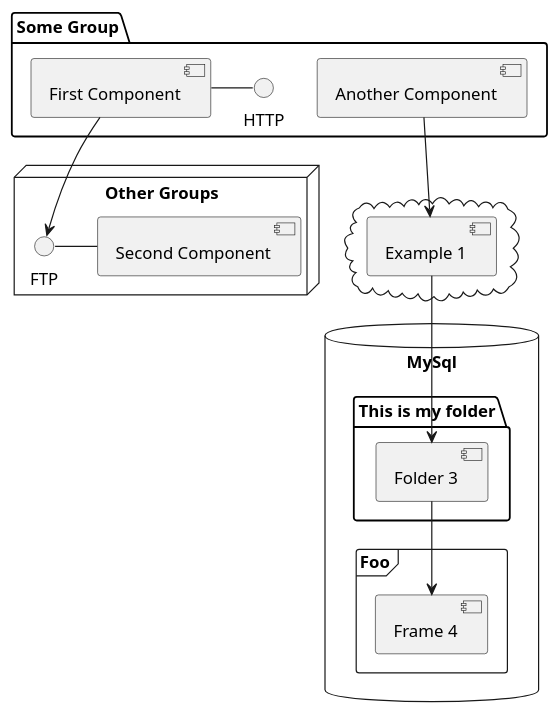
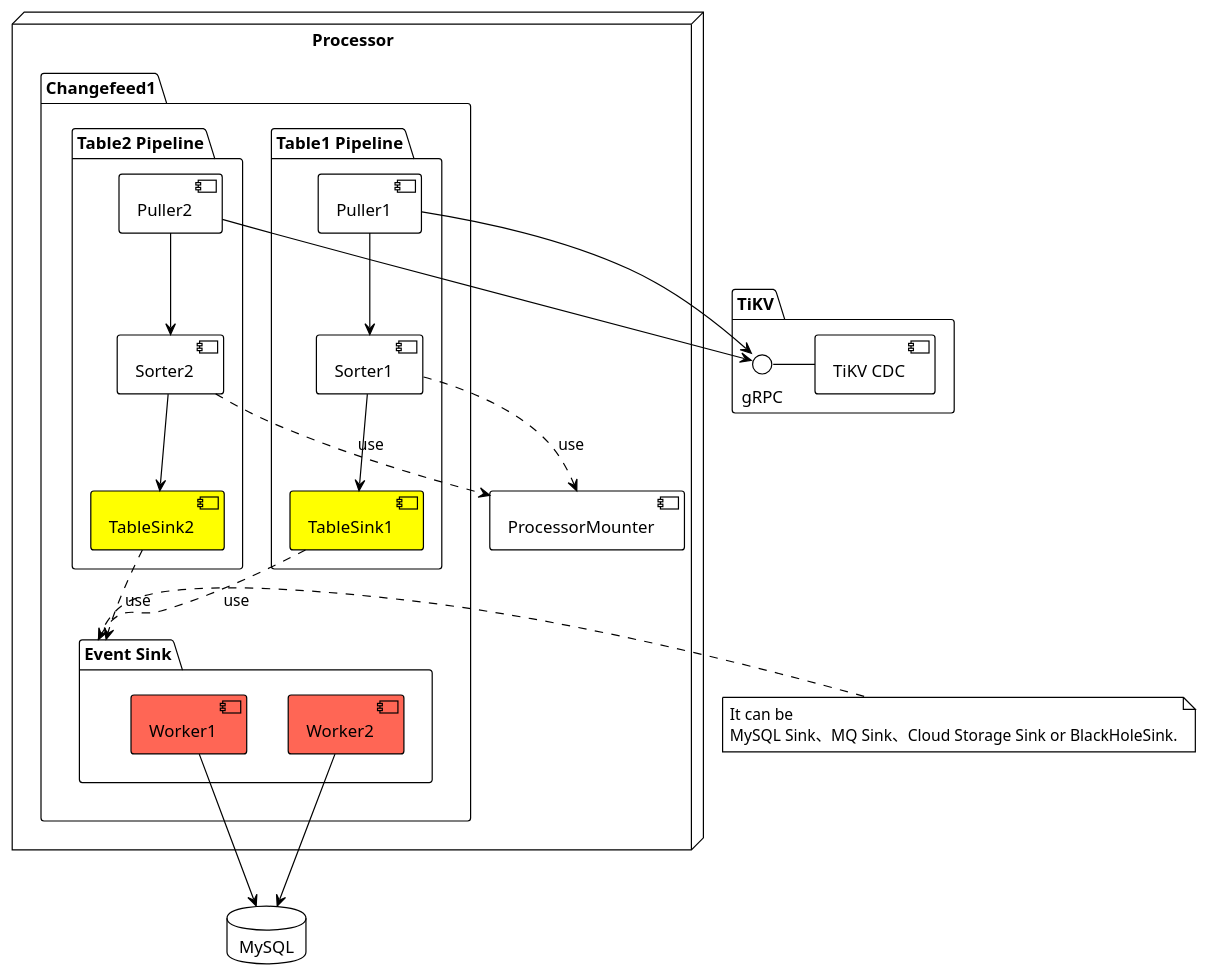
Before and after one commit to 0xPoe/talks: the sixth of 12 diagrams in a-sink.slide/slides.md, drawn with PlantUML. The commit also changed other lines of this file and 2 other files, not shown here.

Commit message:
a-sink: add slides

````diff
--- a/a-sink.slide/slides.md
+++ b/a-sink.slide/slides.md
@@ -382,34 +493,46 @@
-```plantuml {scale: 0.7}
+```plantuml {scale: 1}
 @startuml
-
-package "Some Group" {
-  HTTP - [First Component]
-  [Another Component]
+!theme plain
+package "TiKV" {
+  gRPC - [TiKV CDC]
 }
 
-node "Other Groups" {
-  FTP - [Second Component]
-  [First Component] --> FTP
-}
-
-cloud {
-  [Example 1]
-}
-
-
-database "MySql" {
-  folder "This is my folder" {
-    [Folder 3]
-  }
-  frame "Foo" {
-    [Frame 4]
+node "Processor" {
+  [ProcessorMounter]
+  package "Changefeed1" {
+    package "Table1 Pipeline" {
+      [Puller1] --> [gRPC]
+      [Sorter1]
+      [TableSink1] #Yellow
+    }
+    package "Table2 Pipeline" {
+      [Puller2] --> [gRPC]
+      [Sorter2]
+      [TableSink2] #Yellow
+    }
+    package "Event Sink" {
+      [Worker1] #FF6655
+      [Worker2] #FF6655
+    }
   }
 }
 
+database "MySQL"
 
-[Another Component] --> [Example 1]
-[Example 1] --> [Folder 3]
-[Folder 3] --> [Frame 4]
+note right of [Event Sink]
+  It can be
+  MySQL Sink、MQ Sink、Cloud Storage Sink or BlackHoleSink.
+end note
 
+[Worker1] --> [MySQL]
+[Worker2] --> [MySQL]
+[Sorter1] ..> [ProcessorMounter] : use
+[Sorter2] ..> [ProcessorMounter] : use
+[TableSink1] ..> [Event Sink] : use
+[TableSink2] ..> [Event Sink] : use
+[Puller1] --> [Sorter1]
+[Sorter1] --> [TableSink1]
+[Puller2] --> [Sorter2]
+[Sorter2] --> [TableSink2]
 @enduml
 ```
````
